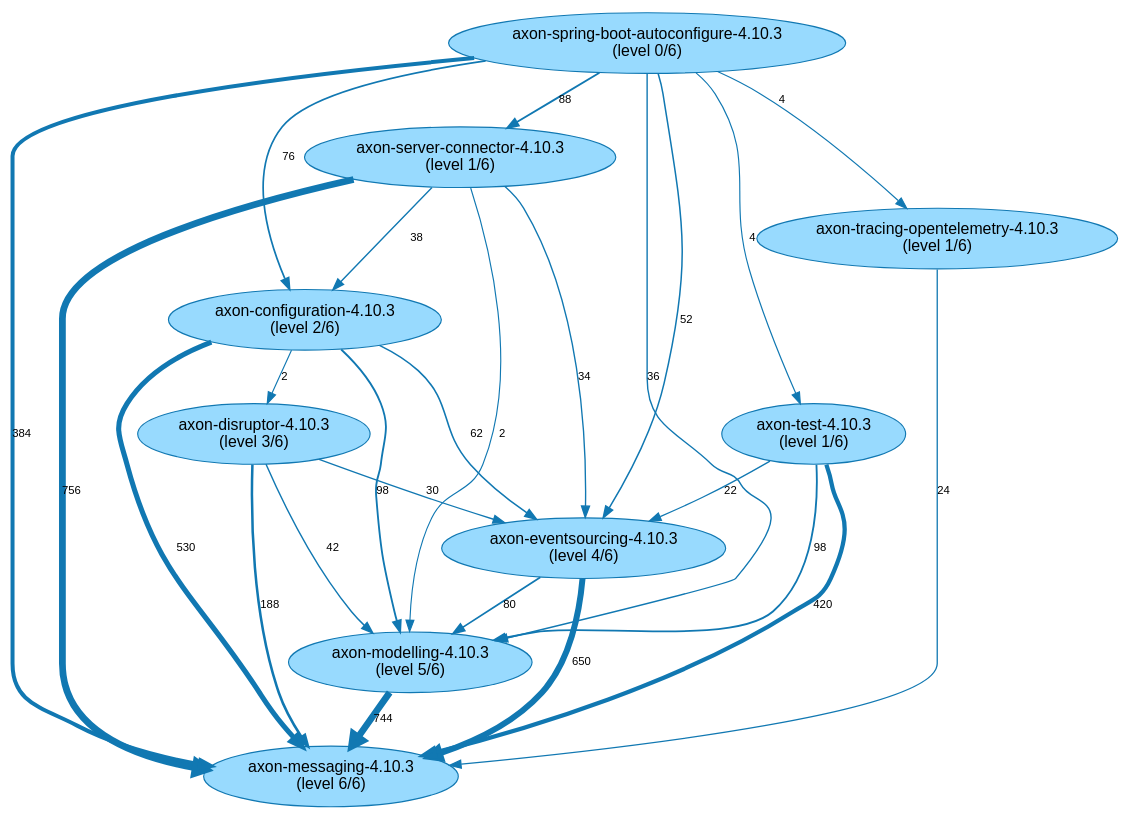
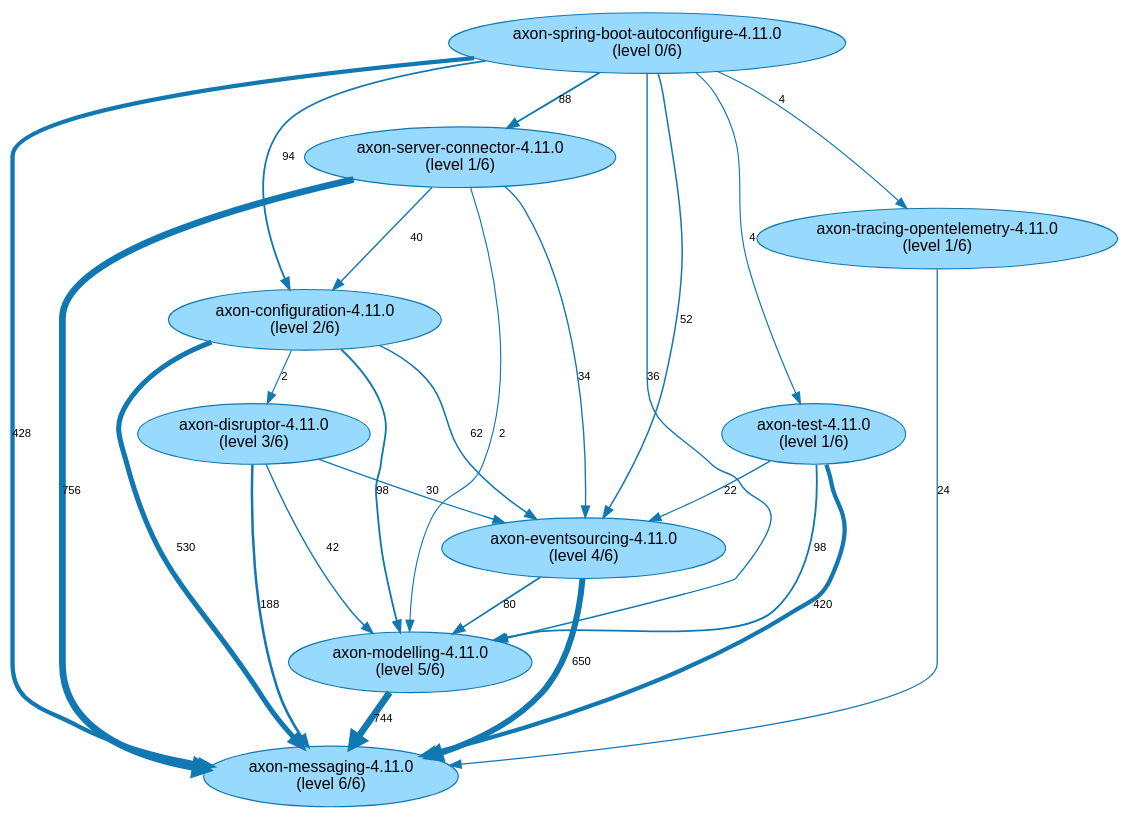
Before and after one commit to JohT/code-graph-analysis-examples: the diagram in analysis-results/AxonFramework/latest/internal-dependencies-visualization/JavaArtifactBuildLevels.gv, drawn with Graphviz. The commit also changed 478 other files, not shown here.

```diff
--- a/analysis-results/AxonFramework/latest/internal-dependencies-visualization/JavaArtifactBuildLevels.gv
+++ b/analysis-results/AxonFramework/latest/internal-dependencies-visualization/JavaArtifactBuildLevels.gv
@@ -1,35 +1,35 @@
 // This GraphViz dot file was generated by the script convertQueryResultCsvToGraphVizDotFile.sh with default.template
 
 strict digraph JavaArtifactBuildLevels {
     fontname = "Helvetica,Arial,sans-serif";
     node [fontname = "Helvetica,Arial,sans-serif";];
     edge [fontname = "Helvetica,Arial,sans-serif"; fontsize = 10;];
     node [style = filled; fillcolor = "0.560 0.400 0.999";];
     node [color = "0.560 0.900 0.700";];
     edge [color = "0.560 0.900 0.700";];
-	"axon-server-connector-4.10.3\n(level 1/6)" -> "axon-messaging-4.10.3\n(level 6/6)" [label = 756; penwidth = 6.0; ];
-	"axon-modelling-4.10.3\n(level 5/6)" -> "axon-messaging-4.10.3\n(level 6/6)" [label = 744; penwidth = 5.92; ];
-	"axon-eventsourcing-4.10.3\n(level 4/6)" -> "axon-messaging-4.10.3\n(level 6/6)" [label = 650; penwidth = 5.3; ];
-	"axon-configuration-4.10.3\n(level 2/6)" -> "axon-messaging-4.10.3\n(level 6/6)" [label = 530; penwidth = 4.5; ];
-	"axon-test-4.10.3\n(level 1/6)" -> "axon-messaging-4.10.3\n(level 6/6)" [label = 420; penwidth = 3.77; ];
-	"axon-spring-boot-autoconfigure-4.10.3\n(level 0/6)" -> "axon-messaging-4.10.3\n(level 6/6)" [label = 384; penwidth = 3.53; ];
-	"axon-disruptor-4.10.3\n(level 3/6)" -> "axon-messaging-4.10.3\n(level 6/6)" [label = 188; penwidth = 2.23; ];
-	"axon-configuration-4.10.3\n(level 2/6)" -> "axon-modelling-4.10.3\n(level 5/6)" [label = 98; penwidth = 1.64; ];
-	"axon-test-4.10.3\n(level 1/6)" -> "axon-modelling-4.10.3\n(level 5/6)" [label = 98; penwidth = 1.64; ];
-	"axon-spring-boot-autoconfigure-4.10.3\n(level 0/6)" -> "axon-server-connector-4.10.3\n(level 1/6)" [label = 88; penwidth = 1.57; ];
-	"axon-eventsourcing-4.10.3\n(level 4/6)" -> "axon-modelling-4.10.3\n(level 5/6)" [label = 80; penwidth = 1.52; ];
-	"axon-spring-boot-autoconfigure-4.10.3\n(level 0/6)" -> "axon-configuration-4.10.3\n(level 2/6)" [label = 76; penwidth = 1.49; ];
-	"axon-configuration-4.10.3\n(level 2/6)" -> "axon-eventsourcing-4.10.3\n(level 4/6)" [label = 62; penwidth = 1.4; ];
-	"axon-spring-boot-autoconfigure-4.10.3\n(level 0/6)" -> "axon-eventsourcing-4.10.3\n(level 4/6)" [label = 52; penwidth = 1.33; ];
-	"axon-disruptor-4.10.3\n(level 3/6)" -> "axon-modelling-4.10.3\n(level 5/6)" [label = 42; penwidth = 1.27; ];
-	"axon-server-connector-4.10.3\n(level 1/6)" -> "axon-configuration-4.10.3\n(level 2/6)" [label = 38; penwidth = 1.24; ];
-	"axon-spring-boot-autoconfigure-4.10.3\n(level 0/6)" -> "axon-modelling-4.10.3\n(level 5/6)" [label = 36; penwidth = 1.23; ];
-	"axon-server-connector-4.10.3\n(level 1/6)" -> "axon-eventsourcing-4.10.3\n(level 4/6)" [label = 34; penwidth = 1.21; ];
-	"axon-disruptor-4.10.3\n(level 3/6)" -> "axon-eventsourcing-4.10.3\n(level 4/6)" [label = 30; penwidth = 1.19; ];
-	"axon-tracing-opentelemetry-4.10.3\n(level 1/6)" -> "axon-messaging-4.10.3\n(level 6/6)" [label = 24; penwidth = 1.15; ];
-	"axon-test-4.10.3\n(level 1/6)" -> "axon-eventsourcing-4.10.3\n(level 4/6)" [label = 22; penwidth = 1.13; ];
-	"axon-spring-boot-autoconfigure-4.10.3\n(level 0/6)" -> "axon-test-4.10.3\n(level 1/6)" [label = 4; penwidth = 1.01; ];
-	"axon-spring-boot-autoconfigure-4.10.3\n(level 0/6)" -> "axon-tracing-opentelemetry-4.10.3\n(level 1/6)" [label = 4; penwidth = 1.01; ];
-	"axon-server-connector-4.10.3\n(level 1/6)" -> "axon-modelling-4.10.3\n(level 5/6)" [label = 2; penwidth = 1.0; ];
-	"axon-configuration-4.10.3\n(level 2/6)" -> "axon-disruptor-4.10.3\n(level 3/6)" [label = 2; penwidth = 1.0; ];
+	"axon-server-connector-4.11.0\n(level 1/6)" -> "axon-messaging-4.11.0\n(level 6/6)" [label = 756; penwidth = 6.0; ];
+	"axon-modelling-4.11.0\n(level 5/6)" -> "axon-messaging-4.11.0\n(level 6/6)" [label = 744; penwidth = 5.92; ];
+	"axon-eventsourcing-4.11.0\n(level 4/6)" -> "axon-messaging-4.11.0\n(level 6/6)" [label = 650; penwidth = 5.3; ];
+	"axon-configuration-4.11.0\n(level 2/6)" -> "axon-messaging-4.11.0\n(level 6/6)" [label = 530; penwidth = 4.5; ];
+	"axon-spring-boot-autoconfigure-4.11.0\n(level 0/6)" -> "axon-messaging-4.11.0\n(level 6/6)" [label = 428; penwidth = 3.82; ];
+	"axon-test-4.11.0\n(level 1/6)" -> "axon-messaging-4.11.0\n(level 6/6)" [label = 420; penwidth = 3.77; ];
+	"axon-disruptor-4.11.0\n(level 3/6)" -> "axon-messaging-4.11.0\n(level 6/6)" [label = 188; penwidth = 2.23; ];
+	"axon-test-4.11.0\n(level 1/6)" -> "axon-modelling-4.11.0\n(level 5/6)" [label = 98; penwidth = 1.64; ];
+	"axon-configuration-4.11.0\n(level 2/6)" -> "axon-modelling-4.11.0\n(level 5/6)" [label = 98; penwidth = 1.64; ];
+	"axon-spring-boot-autoconfigure-4.11.0\n(level 0/6)" -> "axon-configuration-4.11.0\n(level 2/6)" [label = 94; penwidth = 1.61; ];
+	"axon-spring-boot-autoconfigure-4.11.0\n(level 0/6)" -> "axon-server-connector-4.11.0\n(level 1/6)" [label = 88; penwidth = 1.57; ];
+	"axon-eventsourcing-4.11.0\n(level 4/6)" -> "axon-modelling-4.11.0\n(level 5/6)" [label = 80; penwidth = 1.52; ];
+	"axon-configuration-4.11.0\n(level 2/6)" -> "axon-eventsourcing-4.11.0\n(level 4/6)" [label = 62; penwidth = 1.4; ];
+	"axon-spring-boot-autoconfigure-4.11.0\n(level 0/6)" -> "axon-eventsourcing-4.11.0\n(level 4/6)" [label = 52; penwidth = 1.33; ];
+	"axon-disruptor-4.11.0\n(level 3/6)" -> "axon-modelling-4.11.0\n(level 5/6)" [label = 42; penwidth = 1.27; ];
+	"axon-server-connector-4.11.0\n(level 1/6)" -> "axon-configuration-4.11.0\n(level 2/6)" [label = 40; penwidth = 1.25; ];
+	"axon-spring-boot-autoconfigure-4.11.0\n(level 0/6)" -> "axon-modelling-4.11.0\n(level 5/6)" [label = 36; penwidth = 1.23; ];
+	"axon-server-connector-4.11.0\n(level 1/6)" -> "axon-eventsourcing-4.11.0\n(level 4/6)" [label = 34; penwidth = 1.21; ];
+	"axon-disruptor-4.11.0\n(level 3/6)" -> "axon-eventsourcing-4.11.0\n(level 4/6)" [label = 30; penwidth = 1.19; ];
+	"axon-tracing-opentelemetry-4.11.0\n(level 1/6)" -> "axon-messaging-4.11.0\n(level 6/6)" [label = 24; penwidth = 1.15; ];
+	"axon-test-4.11.0\n(level 1/6)" -> "axon-eventsourcing-4.11.0\n(level 4/6)" [label = 22; penwidth = 1.13; ];
+	"axon-spring-boot-autoconfigure-4.11.0\n(level 0/6)" -> "axon-tracing-opentelemetry-4.11.0\n(level 1/6)" [label = 4; penwidth = 1.01; ];
+	"axon-spring-boot-autoconfigure-4.11.0\n(level 0/6)" -> "axon-test-4.11.0\n(level 1/6)" [label = 4; penwidth = 1.01; ];
+	"axon-server-connector-4.11.0\n(level 1/6)" -> "axon-modelling-4.11.0\n(level 5/6)" [label = 2; penwidth = 1.0; ];
+	"axon-configuration-4.11.0\n(level 2/6)" -> "axon-disruptor-4.11.0\n(level 3/6)" [label = 2; penwidth = 1.0; ];
 }
```
